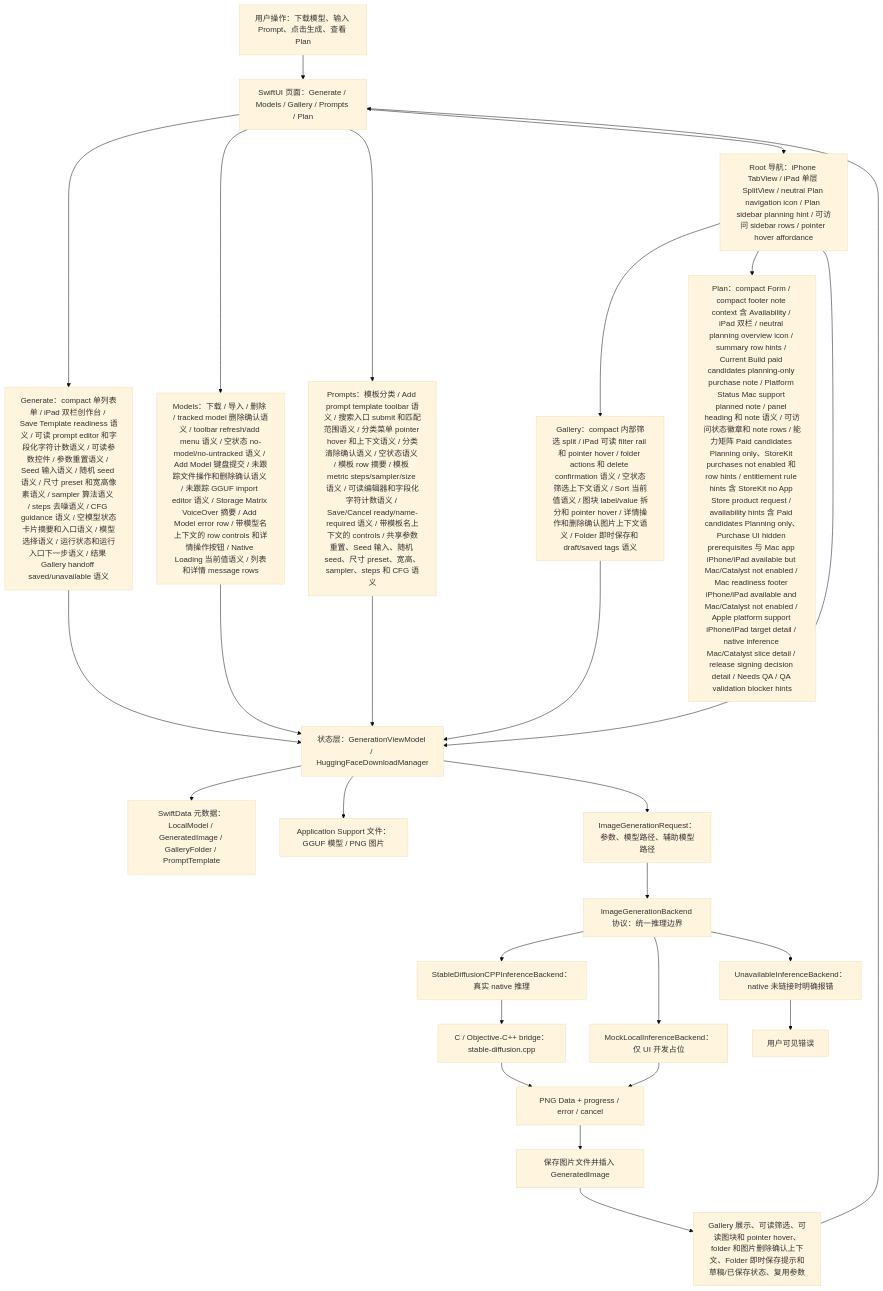
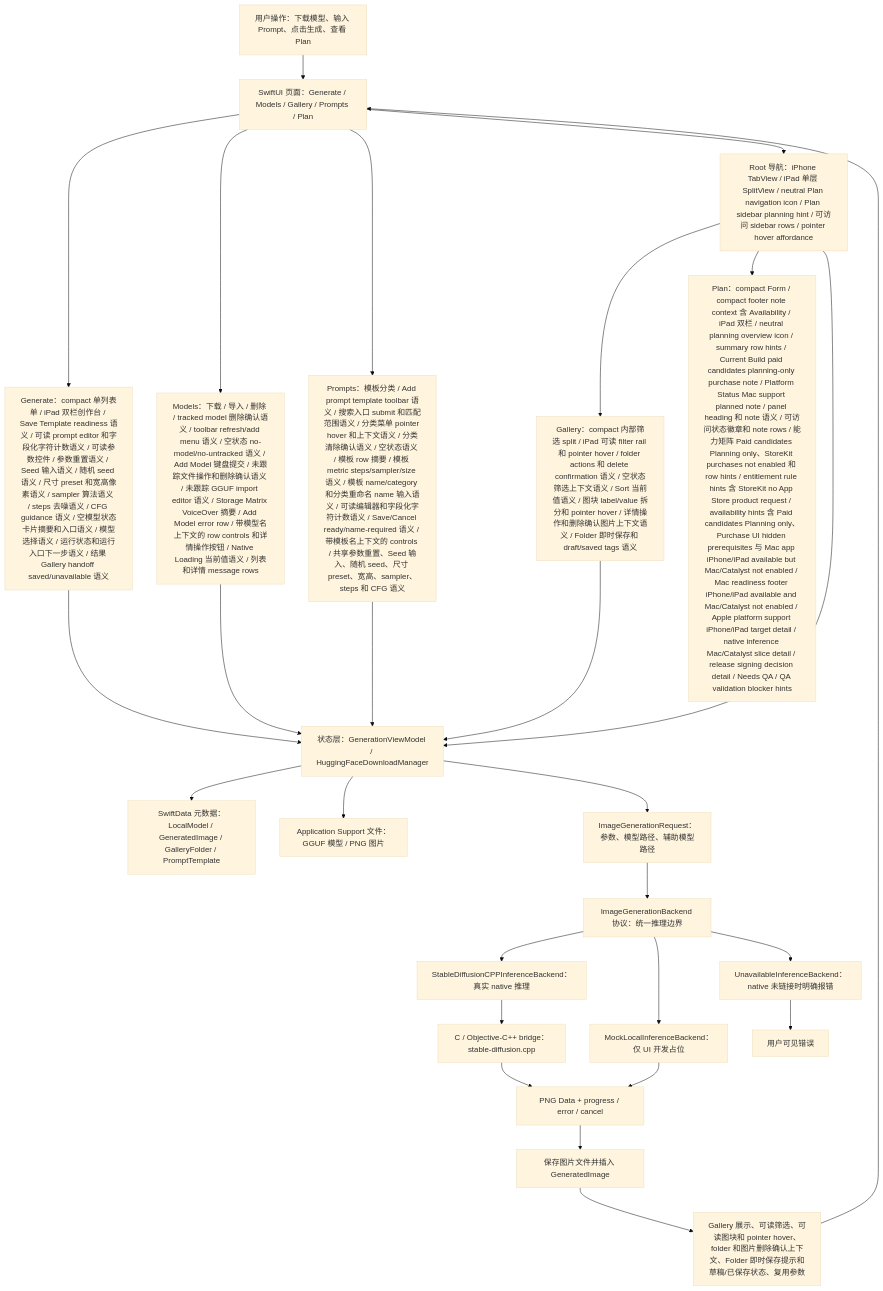
The first of 7 diagrams in md/flow/flowchart.md (Altman-sam114/118), drawn with Mermaid (base theme) before and after one commit. The commit also changed 5 other files, not shown here.

````diff
--- a/md/flow/flowchart.md
+++ b/md/flow/flowchart.md
@@ -9,29 +9,29 @@
 ```mermaid
 flowchart TD
   U["用户操作：下载模型、输入 Prompt、点击生成、查看 Plan"] --> UI["SwiftUI 页面：Generate / Models / Gallery / Prompts / Plan"]
   UI --> GENUI["Generate：compact 单列表单 / iPad 双栏创作台 / Save Template readiness 语义 / 可读 prompt editor 和字段化字符计数语义 / 可读参数控件 / 参数重置语义 / Seed 输入语义 / 随机 seed 语义 / 尺寸 preset 和宽高像素语义 / sampler 算法语义 / steps 去噪语义 / CFG guidance 语义 / 空模型状态卡片摘要和入口语义 / 模型选择语义 / 运行状态和运行入口下一步语义 / 结果 Gallery handoff saved/unavailable 语义"]
   UI --> MODELUI["Models：下载 / 导入 / 删除 / tracked model 删除确认语义 / toolbar refresh/add menu 语义 / 空状态 no-model/no-untracked 语义 / Add Model 键盘提交 / 未跟踪文件操作和删除确认语义 / 未跟踪 GGUF import editor 语义 / Storage Matrix VoiceOver 摘要 / Add Model error row / 带模型名上下文的 row controls 和详情操作按钮 / Native Loading 当前值语义 / 列表和详情 message rows"]
-  UI --> PROMPTUI["Prompts：模板分类 / Add prompt template toolbar 语义 / 搜索入口 submit 和匹配范围语义 / 分类菜单 pointer hover 和上下文语义 / 分类清除确认语义 / 空状态语义 / 模板 row 摘要 / 模板 metric steps/sampler/size 语义 / 可读编辑器和字段化字符计数语义 / Save/Cancel ready/name-required 语义 / 带模板名上下文的 controls / 共享参数重置、Seed 输入、随机 seed、尺寸 preset、宽高、sampler、steps 和 CFG 语义"]
+  UI --> PROMPTUI["Prompts：模板分类 / Add prompt template toolbar 语义 / 搜索入口 submit 和匹配范围语义 / 分类菜单 pointer hover 和上下文语义 / 分类清除确认语义 / 空状态语义 / 模板 row 摘要 / 模板 metric steps/sampler/size 语义 / 模板 name/category 和分类重命名 name 输入语义 / 可读编辑器和字段化字符计数语义 / Save/Cancel ready/name-required 语义 / 带模板名上下文的 controls / 共享参数重置、Seed 输入、随机 seed、尺寸 preset、宽高、sampler、steps 和 CFG 语义"]
   UI --> NAV["Root 导航：iPhone TabView / iPad 单层 SplitView / neutral Plan navigation icon / Plan sidebar planning hint / 可访问 sidebar rows / pointer hover affordance"]
   NAV --> GALUI["Gallery：compact 内部筛选 split / iPad 可读 filter rail 和 pointer hover / folder actions 和 delete confirmation 语义 / 空状态筛选上下文语义 / Sort 当前值语义 / 图块 label/value 拆分和 pointer hover / 详情操作和删除确认图片上下文语义 / Folder 即时保存和 draft/saved tags 语义"]
   NAV --> PLANUI["Plan：compact Form / compact footer note context 含 Availability / iPad 双栏 / neutral planning overview icon / summary row hints / Current Build paid candidates planning-only purchase note / Platform Status Mac support planned note / panel heading 和 note 语义 / 可访问状态徽章和 note rows / 能力矩阵 Paid candidates Planning only、StoreKit purchases not enabled 和 row hints / entitlement rule hints 含 StoreKit no App Store product request / availability hints 含 Paid candidates Planning only、Purchase UI hidden prerequisites 与 Mac app iPhone/iPad available but Mac/Catalyst not enabled / Mac readiness footer iPhone/iPad available and Mac/Catalyst not enabled / Apple platform support iPhone/iPad target detail / native inference Mac/Catalyst slice detail / release signing decision detail / Needs QA / QA validation blocker hints"]
   NAV --> VM["状态层：GenerationViewModel / HuggingFaceDownloadManager"]
   GENUI --> VM
   MODELUI --> VM
   PROMPTUI --> VM
   GALUI --> VM
   VM --> SD["SwiftData 元数据：LocalModel / GeneratedImage / GalleryFolder / PromptTemplate"]
   VM --> FS["Application Support 文件：GGUF 模型 / PNG 图片"]
   VM --> REQ["ImageGenerationRequest：参数、模型路径、辅助模型路径"]
   REQ --> IFACE["ImageGenerationBackend 协议：统一推理边界"]
   IFACE --> NATIVE["StableDiffusionCPPInferenceBackend：真实 native 推理"]
   IFACE --> MOCK["MockLocalInferenceBackend：仅 UI 开发占位"]
   IFACE --> OFF["UnavailableInferenceBackend：native 未链接时明确报错"]
   NATIVE --> BRIDGE["C / Objective-C++ bridge：stable-diffusion.cpp"]
   BRIDGE --> PNG["PNG Data + progress / error / cancel"]
   MOCK --> PNG
   OFF --> ERR["用户可见错误"]
   PNG --> SAVE["保存图片文件并插入 GeneratedImage"]
   SAVE --> GALLERY["Gallery 展示、可读筛选、可读图块和 pointer hover、folder 和图片删除确认上下文、Folder 即时保存提示和草稿/已保存状态、复用参数"]
   GALLERY --> UI
 ```
````
